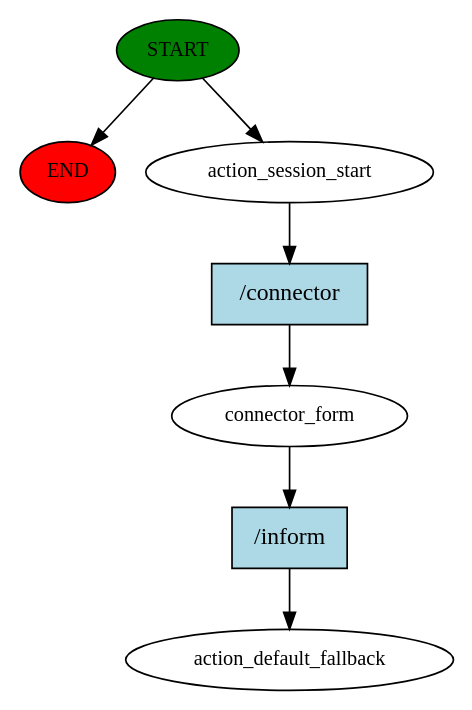
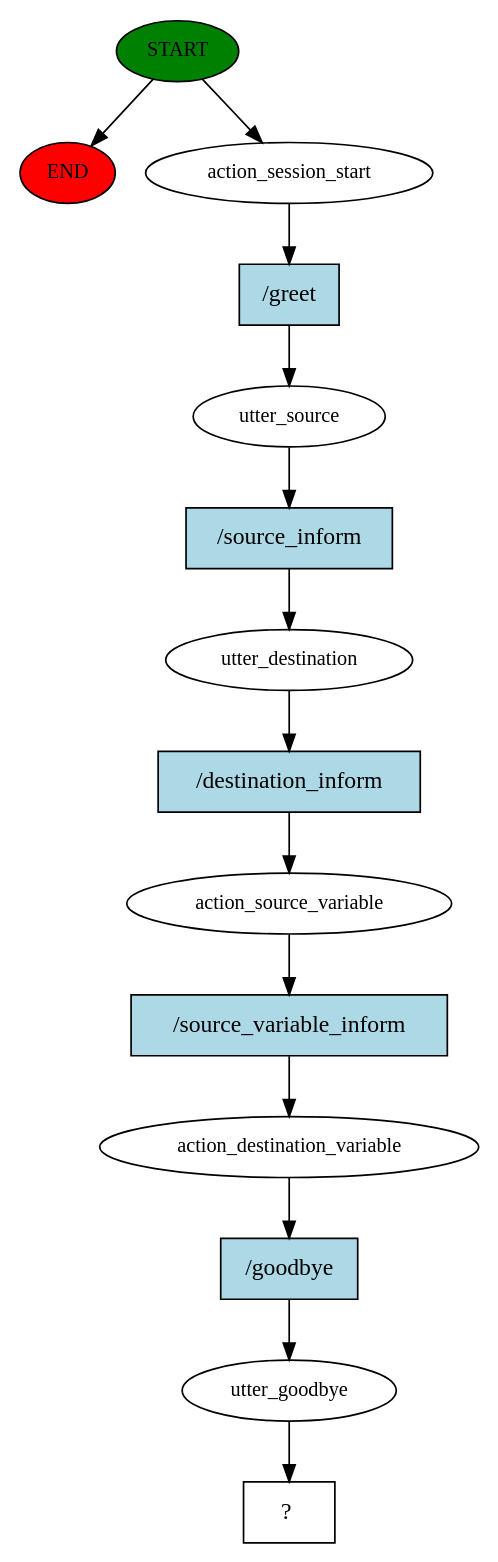
One commit to sameeranjan22/connektra-chatbot changed the diagram in story_graph.dot. Above: the diagram before and after it, drawn with Graphviz. The commit also changed 26 other files, not shown here.

```diff
--- a/story_graph.dot
+++ b/story_graph.dot
@@ -1,15 +1,29 @@
 digraph  {
 0 [class="start active", fillcolor=green, fontsize=12, label=START, style=filled];
 "-1" [class=end, fillcolor=red, fontsize=12, label=END, style=filled];
 1 [class=active, fontsize=12, label=action_session_start];
-2 [class=active, fontsize=12, label=connector_form];
-3 [class="dashed active", fontsize=12, label=action_default_fallback];
-4 [class="intent active", fillcolor=lightblue, label="/connector", shape=rect, style=filled];
-5 [class="intent active", fillcolor=lightblue, label="/inform", shape=rect, style=filled];
+2 [class=active, fontsize=12, label=utter_source];
+3 [class=active, fontsize=12, label=utter_destination];
+4 [class=active, fontsize=12, label=action_source_variable];
+5 [class=active, fontsize=12, label=action_destination_variable];
+6 [class=active, fontsize=12, label=utter_goodbye];
+7 [class="intent dashed active", label="  ?  ", shape=rect];
+8 [class="intent active", fillcolor=lightblue, label="/greet", shape=rect, style=filled];
+9 [class="intent active", fillcolor=lightblue, label="/source_inform", shape=rect, style=filled];
+10 [class="intent active", fillcolor=lightblue, label="/destination_inform", shape=rect, style=filled];
+11 [class="intent active", fillcolor=lightblue, label="/source_variable_inform", shape=rect, style=filled];
+12 [class="intent active", fillcolor=lightblue, label="/goodbye", shape=rect, style=filled];
 0 -> "-1"  [class="", key=NONE, label=""];
 0 -> 1  [class=active, key=NONE, label=""];
-1 -> 4  [class=active, key=0];
-2 -> 5  [class=active, key=0];
-4 -> 2  [class=active, key=0];
-5 -> 3  [class=active, key=0];
+1 -> 8  [class=active, key=0];
+2 -> 9  [class=active, key=0];
+3 -> 10  [class=active, key=0];
+4 -> 11  [class=active, key=0];
+5 -> 12  [class=active, key=0];
+6 -> 7  [class=active, key=NONE, label=""];
+8 -> 2  [class=active, key=0];
+9 -> 3  [class=active, key=0];
+10 -> 4  [class=active, key=0];
+11 -> 5  [class=active, key=0];
+12 -> 6  [class=active, key=0];
 }
```
